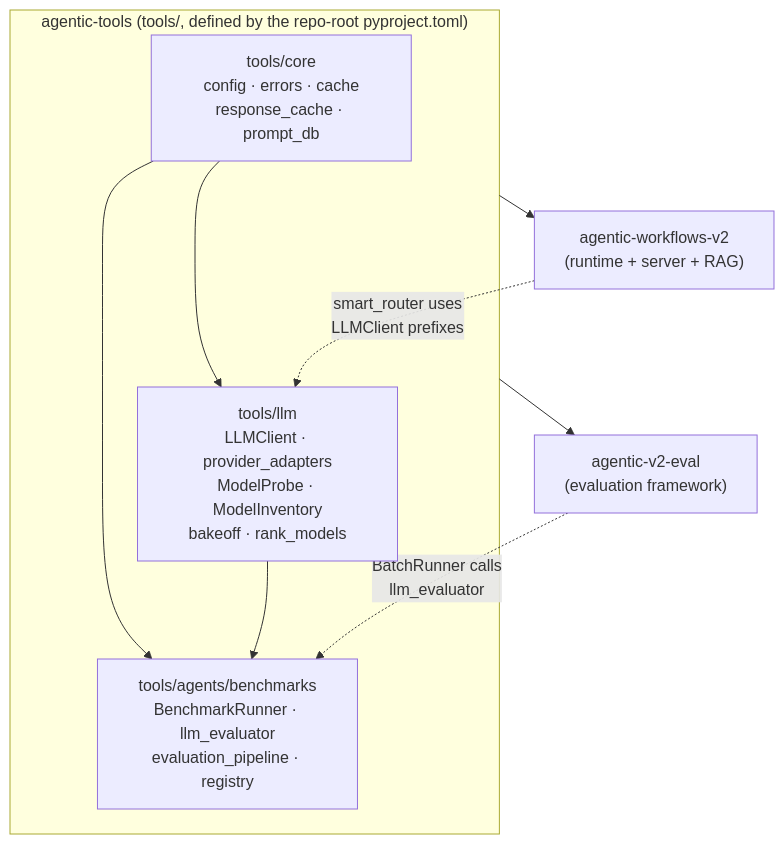
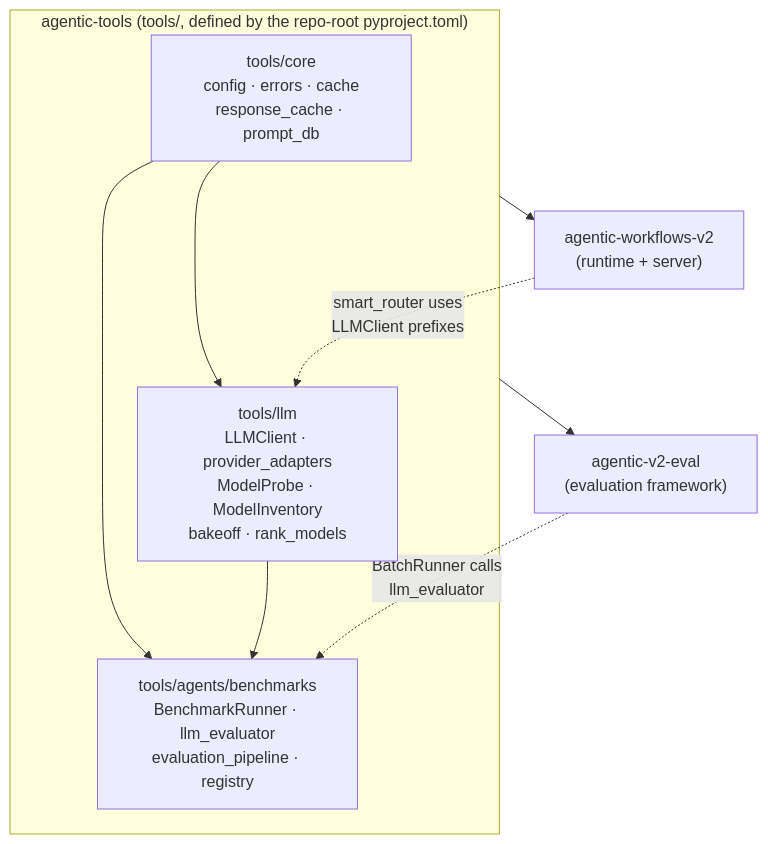
One commit to tafreeman/agentic-runtime-platform changed the diagram in docs/architecture-tools.md. Above: the diagram before and after it, drawn with Mermaid. The commit also changed 18 other files, not shown here.

````diff
--- a/docs/architecture-tools.md
+++ b/docs/architecture-tools.md
@@ -26,20 +26,20 @@
 ```mermaid
 graph TD
     subgraph workspace["agentic-tools (tools/, defined by the repo-root pyproject.toml)"]
         core["tools/core\nconfig · errors · cache\nresponse_cache · prompt_db"]
         llm["tools/llm\nLLMClient · provider_adapters\nModelProbe · ModelInventory\nbakeoff · rank_models"]
         bench["tools/agents/benchmarks\nBenchmarkRunner · llm_evaluator\nevaluation_pipeline · registry"]
         core --> llm
         core --> bench
         llm --> bench
     end
 
-    awv2["agentic-workflows-v2\n(runtime + server + RAG)"]
+    awv2["agentic-workflows-v2\n(runtime + server)"]
     eval["agentic-v2-eval\n(evaluation framework)"]
 
     workspace --> awv2
     workspace --> eval
 
     awv2 -.->|"smart_router uses\nLLMClient prefixes"| llm
     eval -.->|"BatchRunner calls\nllm_evaluator"| bench
 ```
````
